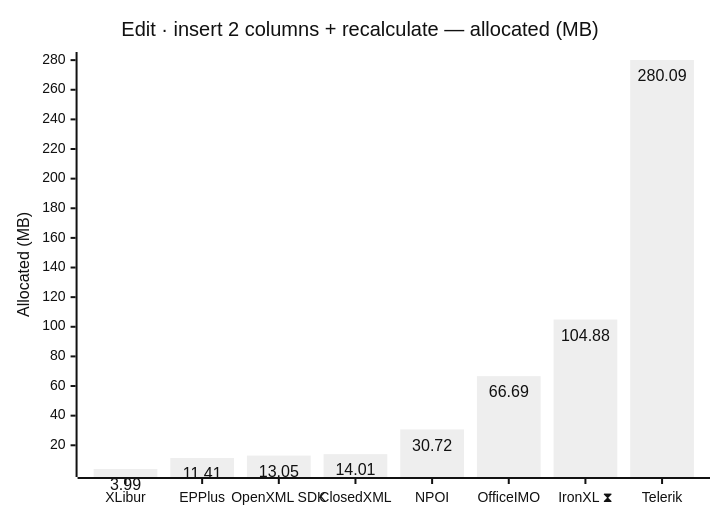
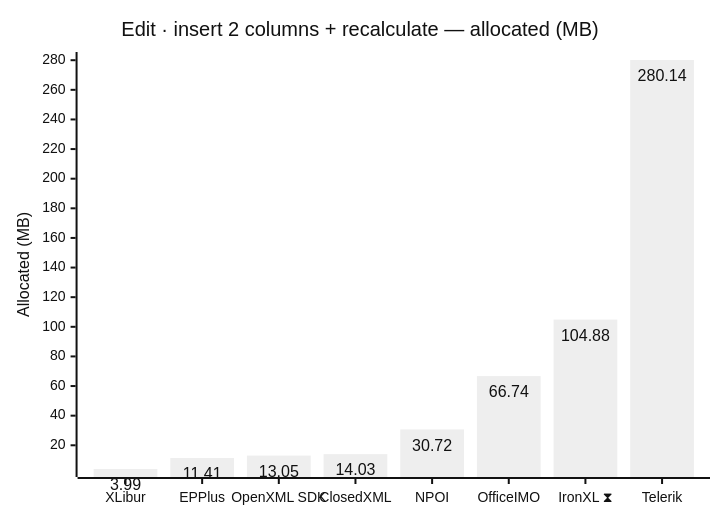
One commit to jafin/XLBench changed diagram 12 of 12 in docs/results.md. Above: the diagram before and after it, drawn with Mermaid (neutral theme). The commit also changed other lines of this file and 11 other files, not shown here.

````diff
--- a/docs/results.md
+++ b/docs/results.md
@@ -184,12 +185,12 @@
 ```mermaid
 ---
 config:
   xyChart:
     showDataLabel: true
 ---
 xychart-beta
     title "Edit · insert 2 columns + recalculate — allocated (MB)"
     x-axis ["XLibur", "EPPlus", "OpenXML SDK", "ClosedXML", "NPOI", "OfficeIMO", "IronXL ⧗", "Telerik"]
     y-axis "Allocated (MB)"
-    bar [3.99, 11.41, 13.05, 14.01, 30.72, 66.69, 104.88, 280.09]
+    bar [3.99, 11.41, 13.05, 14.03, 30.72, 66.74, 104.88, 280.14]
 ```
````
